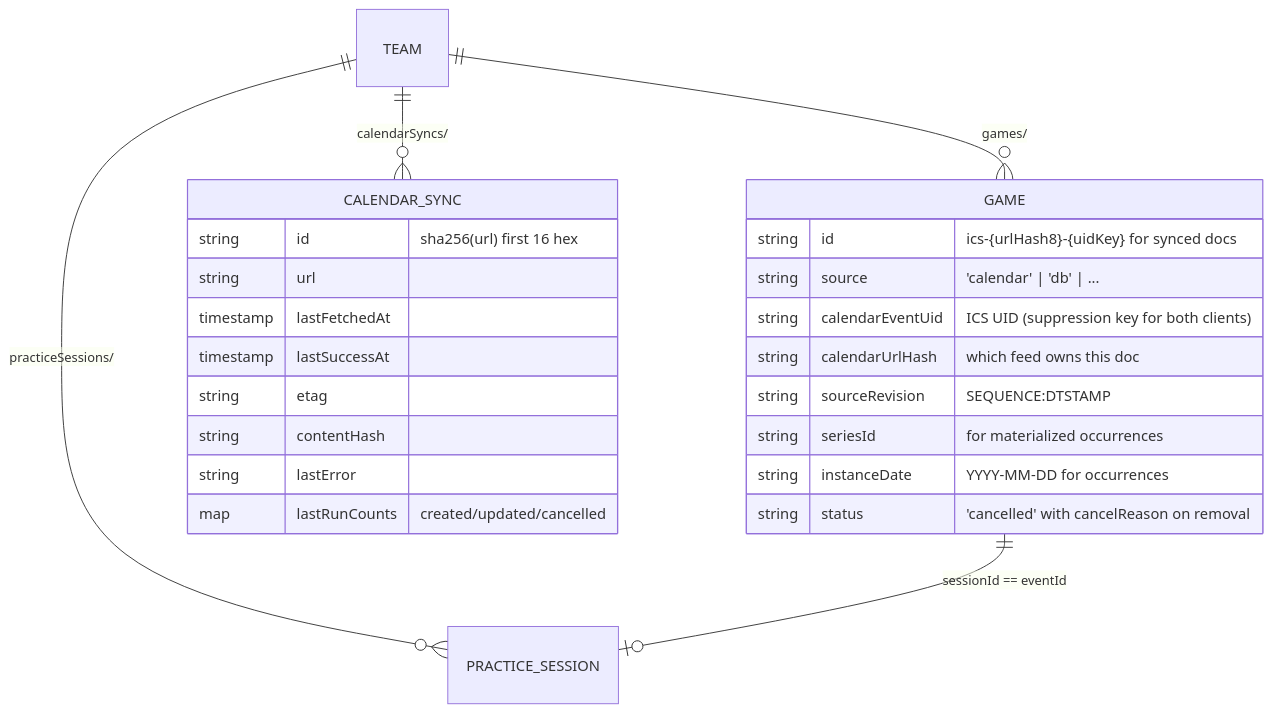
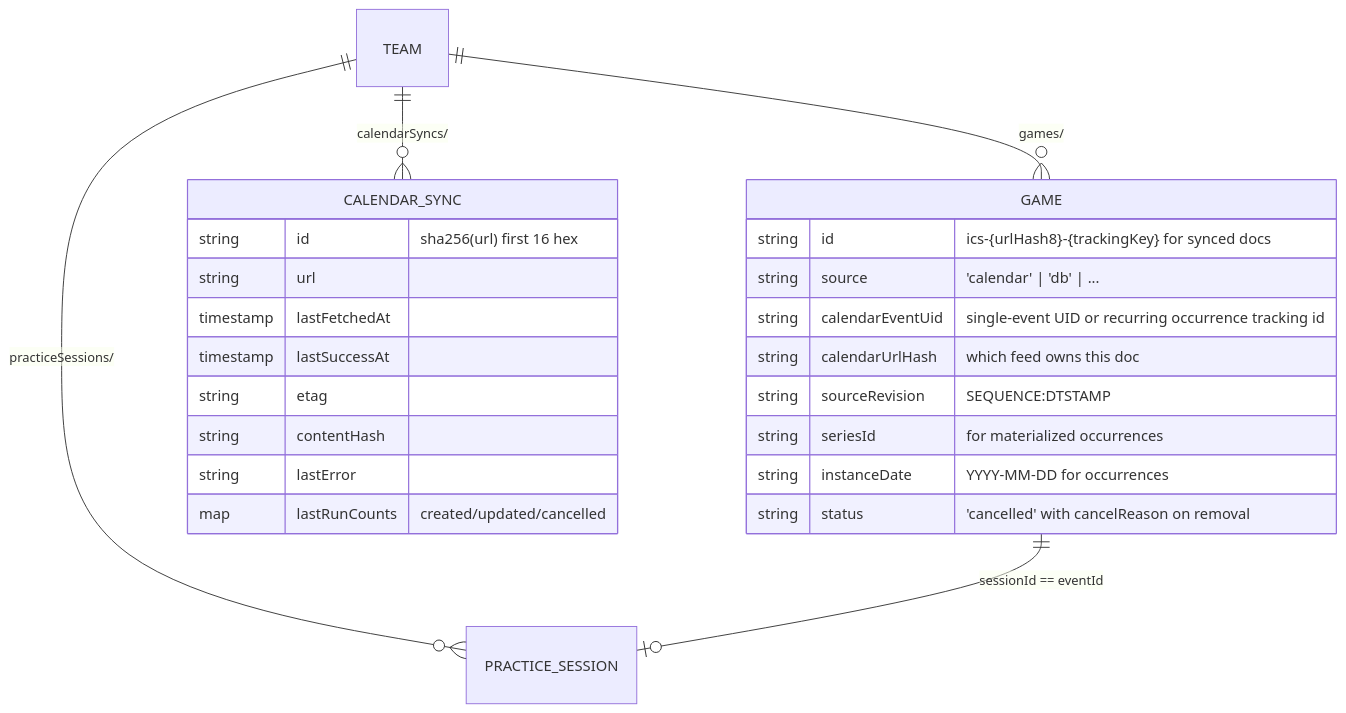
The third of 3 diagrams in spec/schedule-loading-redesign/design.md (pauljsnider/allplays), drawn with Mermaid before and after one commit. The commit also changed other lines of this file and 2 other files, not shown here.

````diff
--- a/spec/schedule-loading-redesign/design.md
+++ b/spec/schedule-loading-redesign/design.md
@@ -65,28 +65,28 @@
 ```mermaid
 erDiagram
     TEAM ||--o{ GAME : "games/"
     TEAM ||--o{ CALENDAR_SYNC : "calendarSyncs/"
     TEAM ||--o{ PRACTICE_SESSION : "practiceSessions/"
     GAME ||--o| PRACTICE_SESSION : "sessionId == eventId"
 
     GAME {
-        string id "ics-{urlHash8}-{uidKey} for synced docs"
+        string id "ics-{urlHash8}-{trackingKey} for synced docs"
         string source "'calendar' | 'db' | ..."
-        string calendarEventUid "ICS UID (suppression key for both clients)"
+        string calendarEventUid "single-event UID or recurring occurrence tracking id"
         string calendarUrlHash "which feed owns this doc"
         string sourceRevision "SEQUENCE:DTSTAMP"
         string seriesId "for materialized occurrences"
         string instanceDate "YYYY-MM-DD for occurrences"
         string status "'cancelled' with cancelReason on removal"
     }
     CALENDAR_SYNC {
         string id "sha256(url) first 16 hex"
         string url
         timestamp lastFetchedAt
         timestamp lastSuccessAt
         string etag
         string contentHash
         string lastError
         map lastRunCounts "created/updated/cancelled"
     }
 ```
````
